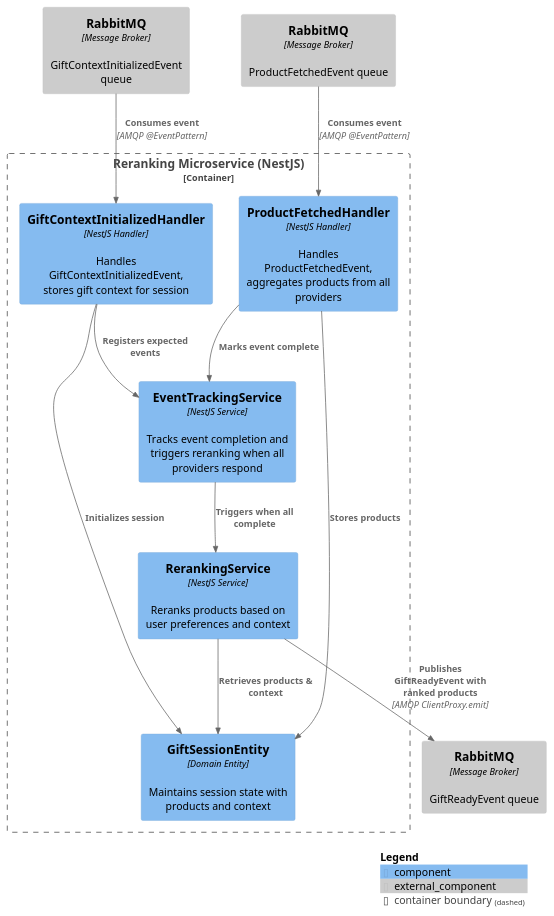
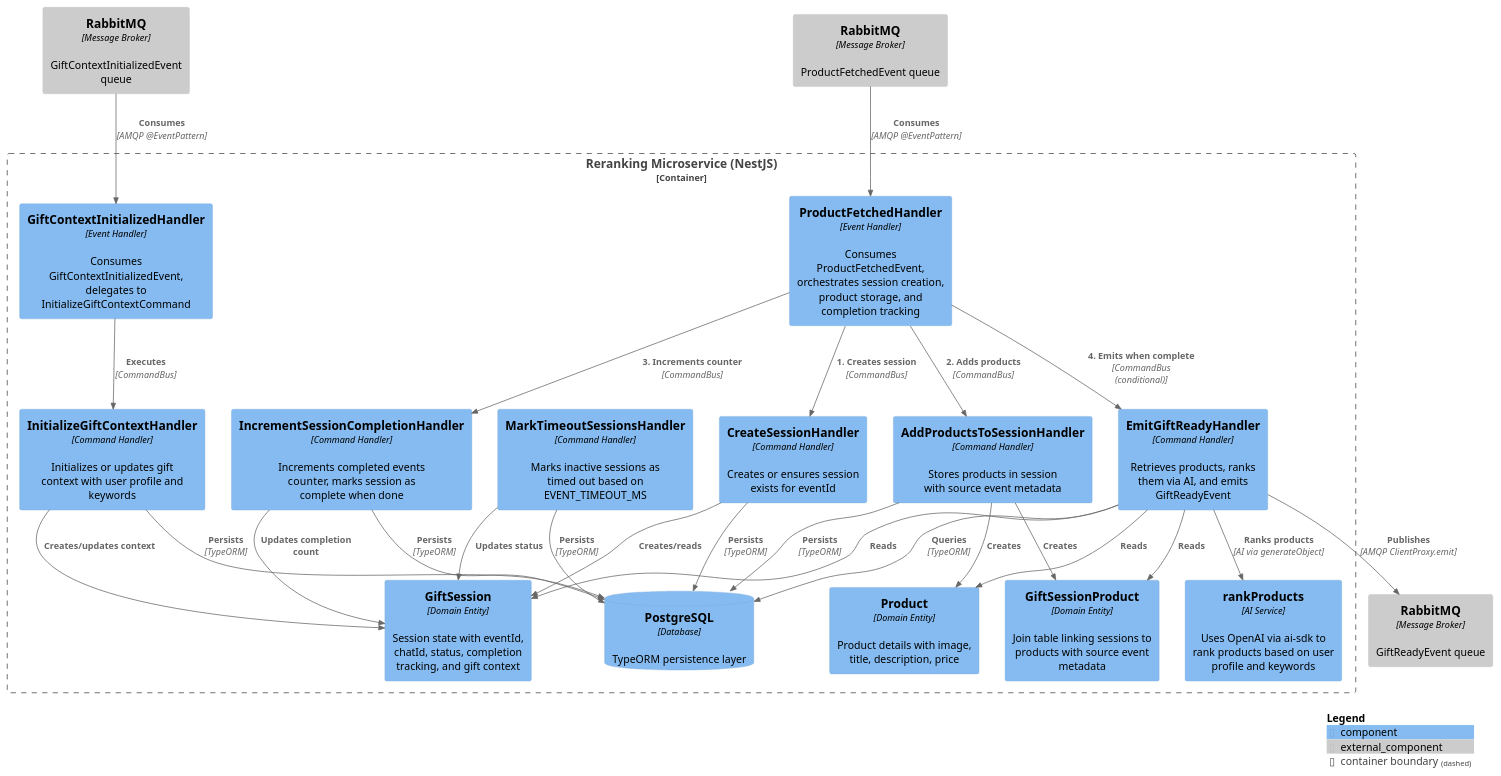
Before and after one commit to Generacja-Cuzi/ai-present-finder: the diagram in docs/C4_v0.2.0/reranking_component.puml, drawn with PlantUML. The commit also changed 3 other files, not shown here.

Commit message:
feat: c4 and sequence diagrams

```diff
--- a/docs/C4_v0.2.0/reranking_component.puml
+++ b/docs/C4_v0.2.0/reranking_component.puml
@@ -1,28 +1,57 @@
 @startuml C4_Component_Reranking
 !include https://raw.githubusercontent.com/plantuml-stdlib/C4-PlantUML/master/C4_Component.puml
 
 Container_Boundary(reranking, "Reranking Microservice (NestJS)") {
-  Component(context_handler, "GiftContextInitializedHandler", "NestJS Handler", "Handles GiftContextInitializedEvent, stores gift context for session")
-  Component(product_handler, "ProductFetchedHandler", "NestJS Handler", "Handles ProductFetchedEvent, aggregates products from all providers")
-  Component(event_tracking, "EventTrackingService", "NestJS Service", "Tracks event completion and triggers reranking when all providers respond")
-  Component(reranking_service, "RerankingService", "NestJS Service", "Reranks products based on user preferences and context")
-  Component(gift_session, "GiftSessionEntity", "Domain Entity", "Maintains session state with products and context")
+  Component(context_handler, "GiftContextInitializedHandler", "Event Handler", "Consumes GiftContextInitializedEvent, delegates to InitializeGiftContextCommand")
+  Component(product_handler, "ProductFetchedHandler", "Event Handler", "Consumes ProductFetchedEvent, orchestrates session creation, product storage, and completion tracking")
+  
+  Component(create_session, "CreateSessionHandler", "Command Handler", "Creates or ensures session exists for eventId")
+  Component(init_context, "InitializeGiftContextHandler", "Command Handler", "Initializes or updates gift context with user profile and keywords")
+  Component(add_products, "AddProductsToSessionHandler", "Command Handler", "Stores products in session with source event metadata")
+  Component(increment_completion, "IncrementSessionCompletionHandler", "Command Handler", "Increments completed events counter, marks session as complete when done")
+  Component(emit_ready, "EmitGiftReadyHandler", "Command Handler", "Retrieves products, ranks them via AI, and emits GiftReadyEvent")
+  Component(mark_timeout, "MarkTimeoutSessionsHandler", "Command Handler", "Marks inactive sessions as timed out based on EVENT_TIMEOUT_MS")
+  
+  Component(ranking_service, "rankProducts", "AI Service", "Uses OpenAI via ai-sdk to rank products based on user profile and keywords")
+  Component(gift_session_entity, "GiftSession", "Domain Entity", "Session state with eventId, chatId, status, completion tracking, and gift context")
+  Component(product_entity, "Product", "Domain Entity", "Product details with image, title, description, price")
+  Component(session_product_entity, "GiftSessionProduct", "Domain Entity", "Join table linking sessions to products with source event metadata")
+  
+  ComponentDb(database, "PostgreSQL", "Database", "TypeORM persistence layer")
 }
 
 Component_Ext(rabbitmq_in_context, "RabbitMQ", "Message Broker", "GiftContextInitializedEvent queue")
 Component_Ext(rabbitmq_in_product, "RabbitMQ", "Message Broker", "ProductFetchedEvent queue")
 Component_Ext(rabbitmq_out, "RabbitMQ", "Message Broker", "GiftReadyEvent queue")
 
-Rel(rabbitmq_in_context, context_handler, "Consumes event", "AMQP @EventPattern")
-Rel(context_handler, gift_session, "Initializes session")
-Rel(context_handler, event_tracking, "Registers expected events")
+' Event handler relationships
+Rel(rabbitmq_in_context, context_handler, "Consumes", "AMQP @EventPattern")
+Rel(context_handler, init_context, "Executes", "CommandBus")
 
-Rel(rabbitmq_in_product, product_handler, "Consumes event", "AMQP @EventPattern")
-Rel(product_handler, gift_session, "Stores products")
-Rel(product_handler, event_tracking, "Marks event complete")
-Rel(event_tracking, reranking_service, "Triggers when all complete")
-Rel(reranking_service, gift_session, "Retrieves products & context")
-Rel(reranking_service, rabbitmq_out, "Publishes GiftReadyEvent with ranked products", "AMQP ClientProxy.emit")
+Rel(rabbitmq_in_product, product_handler, "Consumes", "AMQP @EventPattern")
+Rel(product_handler, create_session, "1. Creates session", "CommandBus")
+Rel(product_handler, add_products, "2. Adds products", "CommandBus")
+Rel(product_handler, increment_completion, "3. Increments counter", "CommandBus")
+Rel(product_handler, emit_ready, "4. Emits when complete", "CommandBus (conditional)")
+
+' Command handler to entity/database relationships
+Rel(create_session, gift_session_entity, "Creates/reads")
+Rel(create_session, database, "Persists", "TypeORM")
+Rel(init_context, gift_session_entity, "Creates/updates context")
+Rel(init_context, database, "Persists", "TypeORM")
+Rel(add_products, product_entity, "Creates")
+Rel(add_products, session_product_entity, "Creates")
+Rel(add_products, database, "Persists", "TypeORM")
+Rel(increment_completion, gift_session_entity, "Updates completion count")
+Rel(increment_completion, database, "Persists", "TypeORM")
+Rel(emit_ready, gift_session_entity, "Reads")
+Rel(emit_ready, session_product_entity, "Reads")
+Rel(emit_ready, product_entity, "Reads")
+Rel(emit_ready, database, "Queries", "TypeORM")
+Rel(emit_ready, ranking_service, "Ranks products", "AI via generateObject")
+Rel(emit_ready, rabbitmq_out, "Publishes", "AMQP ClientProxy.emit")
+Rel(mark_timeout, gift_session_entity, "Updates status")
+Rel(mark_timeout, database, "Persists", "TypeORM")
 
 SHOW_LEGEND()
 @enduml
```
